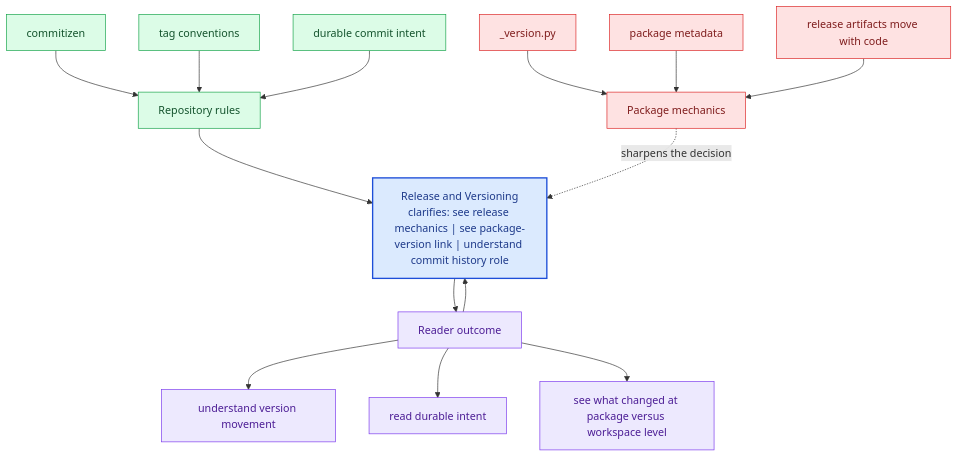
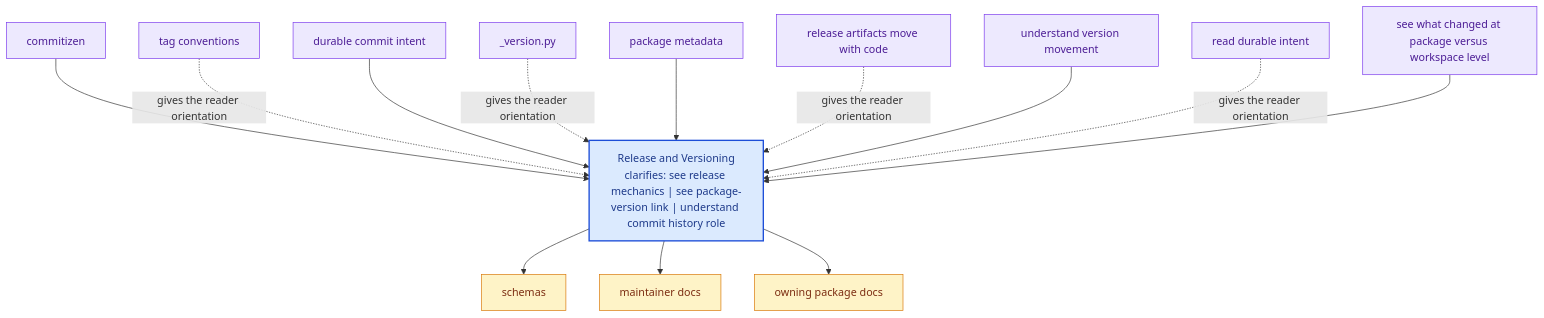
One commit to bijux/bijux-canon changed the diagram in docs/bijux-canon/release-and-versioning.md. Above: the diagram before and after it, drawn with Mermaid. The commit also changed other lines of this file and 281 other files, not shown here.

Commit message:
docs(diagrams): replace repeated mermaid scaffolds with page-specific summaries

````diff
--- a/docs/bijux-canon/release-and-versioning.md
+++ b/docs/bijux-canon/release-and-versioning.md
@@ -69,40 +24,36 @@
 ```mermaid
 flowchart TB
-    promise["Release and Versioning<br/>clarifies: see release mechanics | see package-version link | understand commit history role"]
-    classDef promise fill:#dbeafe,stroke:#1d4ed8,color:#1e3a8a,stroke-width:2px;
-    classDef driver fill:#dcfce7,stroke:#16a34a,color:#14532d;
-    classDef constraint fill:#fee2e2,stroke:#dc2626,color:#7f1d1d;
-    classDef ground fill:#ede9fe,stroke:#7c3aed,color:#4c1d95;
-    focus1["Repository rules"]
-    focus1 --> promise
-    focus1_1["commitizen"]
-    focus1_1 --> focus1
-    focus1_2["tag conventions"]
-    focus1_2 --> focus1
-    focus1_3["durable commit intent"]
-    focus1_3 --> focus1
-    class focus1 driver;
-    class focus1_1,focus1_2,focus1_3 driver;
-    focus2["Package mechanics"]
-    focus2 -.sharpens the decision.-> promise
-    focus2_1["_version.py"]
-    focus2_1 --> focus2
-    focus2_2["package metadata"]
-    focus2_2 --> focus2
-    focus2_3["release artifacts move with code"]
-    focus2_3 --> focus2
-    class focus2 constraint;
-    class focus2_1,focus2_2,focus2_3 constraint;
-    focus3["Reader outcome"]
-    focus3 --> promise
-    promise --> focus3
-    focus3_1["understand version movement"]
-    focus3 --> focus3_1
-    focus3_2["read durable intent"]
-    focus3 --> focus3_2
-    focus3_3["see what changed at package versus workspace level"]
-    focus3 --> focus3_3
-    class focus3 ground;
-    class focus3_1,focus3_2,focus3_3 ground;
-    class promise promise;
+    page["Release and Versioning<br/>clarifies: see release mechanics | see package-version link | understand commit history role"]
+    classDef page fill:#dbeafe,stroke:#1d4ed8,color:#1e3a8a,stroke-width:2px;
+    classDef positive fill:#dcfce7,stroke:#16a34a,color:#14532d;
+    classDef caution fill:#fee2e2,stroke:#dc2626,color:#7f1d1d;
+    classDef anchor fill:#ede9fe,stroke:#7c3aed,color:#4c1d95;
+    classDef action fill:#fef3c7,stroke:#d97706,color:#7c2d12;
+    detail1["commitizen"]
+    detail1 --> page
+    detail2["tag conventions"]
+    detail2 -.gives the reader orientation.-> page
+    detail3["durable commit intent"]
+    detail3 --> page
+    detail4["_version.py"]
+    detail4 -.gives the reader orientation.-> page
+    detail5["package metadata"]
+    detail5 --> page
+    detail6["release artifacts move with code"]
+    detail6 -.gives the reader orientation.-> page
+    detail7["understand version movement"]
+    detail7 --> page
+    detail8["read durable intent"]
+    detail8 -.gives the reader orientation.-> page
+    detail9["see what changed at package versus workspace level"]
+    detail9 --> page
+    next1["schemas"]
+    page --> next1
+    next2["maintainer docs"]
+    page --> next2
+    next3["owning package docs"]
+    page --> next3
+    class page page;
+    class detail1,detail2,detail3,detail4,detail5,detail6,detail7,detail8,detail9 anchor;
+    class next1,next2,next3 action;
 ```
````
